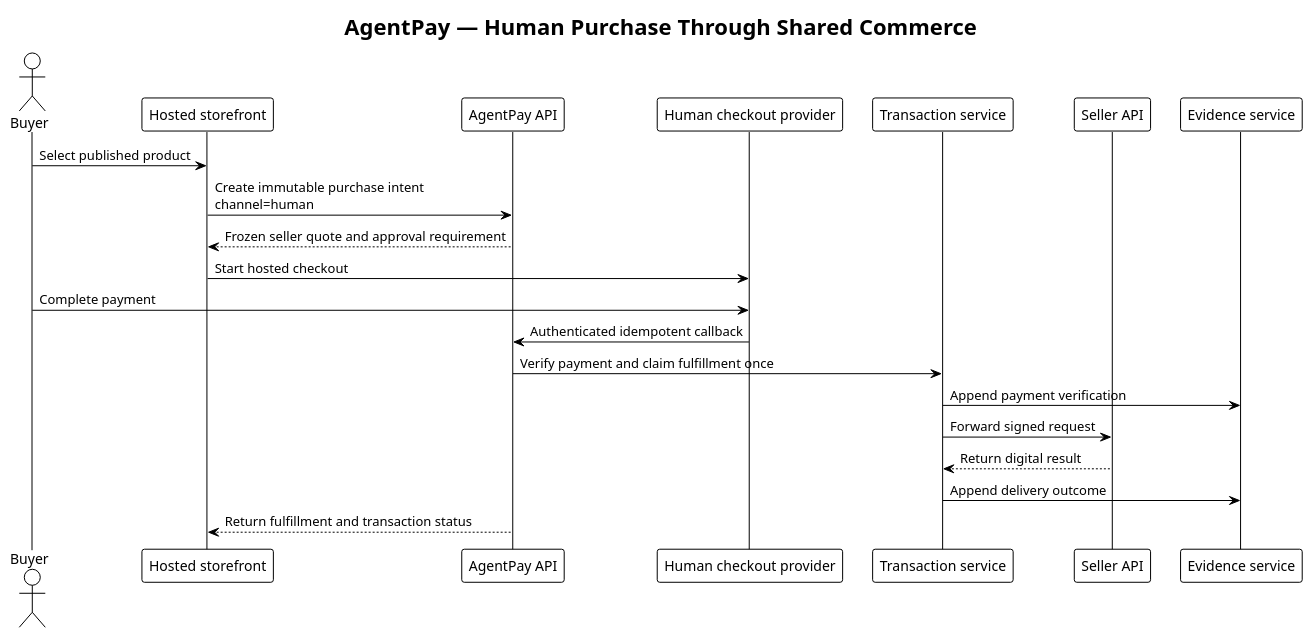
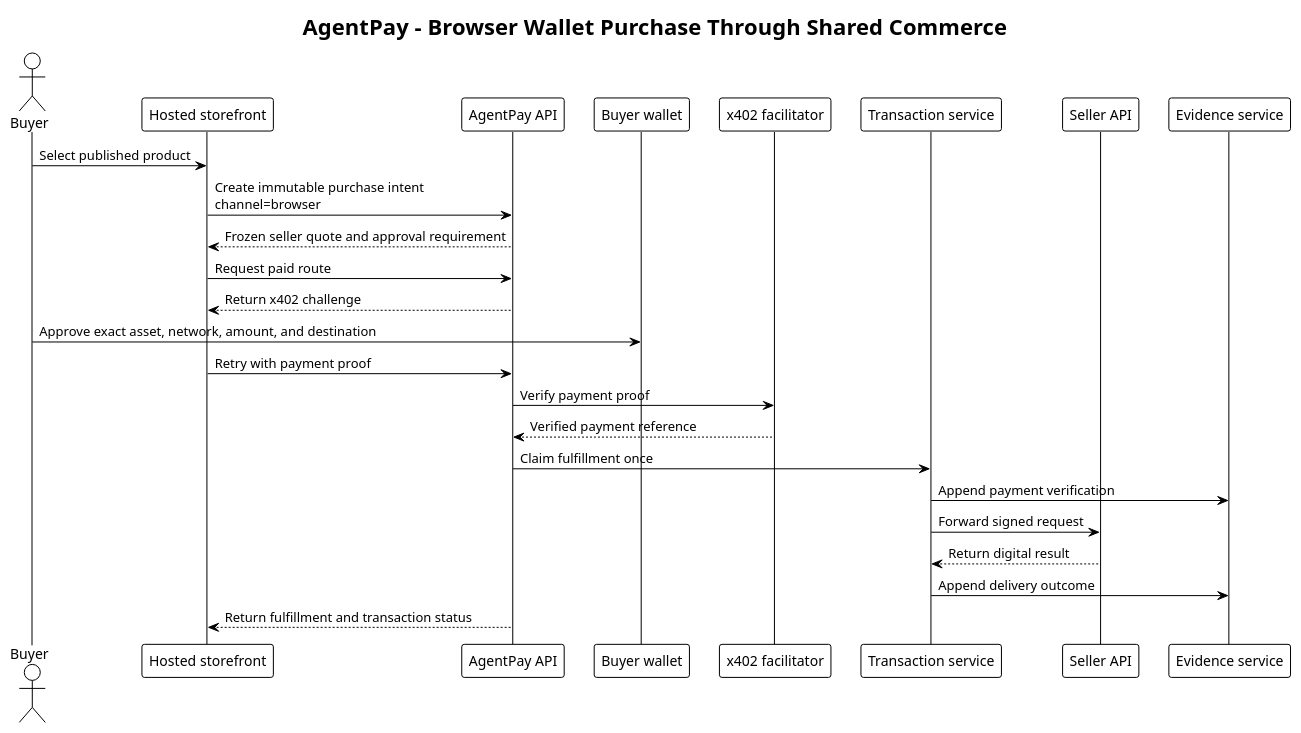
The diagram in docs/uml/browser-wallet-purchase-sequence.puml (PrathamRanka/fourGeez), drawn with PlantUML before and after one commit. The commit also changed 11 other files, not shown here.

Commit message:
docs: define seller operations and SEO roadmap

```diff
--- a/docs/uml/browser-wallet-purchase-sequence.puml
+++ b/docs/uml/browser-wallet-purchase-sequence.puml
@@ -1,25 +1,29 @@
-@startuml AgentPay Human Purchase Sequence
+@startuml AgentPay Browser Wallet Purchase Sequence
 !theme plain
-title AgentPay — Human Purchase Through Shared Commerce
+title AgentPay - Browser Wallet Purchase Through Shared Commerce
 
 actor Buyer
 participant "Hosted storefront" as Web
 participant "AgentPay API" as API
-participant "Human checkout provider" as Checkout
+participant "Buyer wallet" as Wallet
+participant "x402 facilitator" as Facilitator
 participant "Transaction service" as Transactions
 participant "Seller API" as Seller
 participant "Evidence service" as Evidence
 
 Buyer -> Web : Select published product
-Web -> API : Create immutable purchase intent\nchannel=human
+Web -> API : Create immutable purchase intent\nchannel=browser
 API --> Web : Frozen seller quote and approval requirement
-Web -> Checkout : Start hosted checkout
-Buyer -> Checkout : Complete payment
-Checkout -> API : Authenticated idempotent callback
-API -> Transactions : Verify payment and claim fulfillment once
+Web -> API : Request paid route
+API --> Web : Return x402 challenge
+Buyer -> Wallet : Approve exact asset, network, amount, and destination
+Web -> API : Retry with payment proof
+API -> Facilitator : Verify payment proof
+Facilitator --> API : Verified payment reference
+API -> Transactions : Claim fulfillment once
 Transactions -> Evidence : Append payment verification
 Transactions -> Seller : Forward signed request
 Seller --> Transactions : Return digital result
 Transactions -> Evidence : Append delivery outcome
 API --> Web : Return fulfillment and transaction status
 @enduml
```
